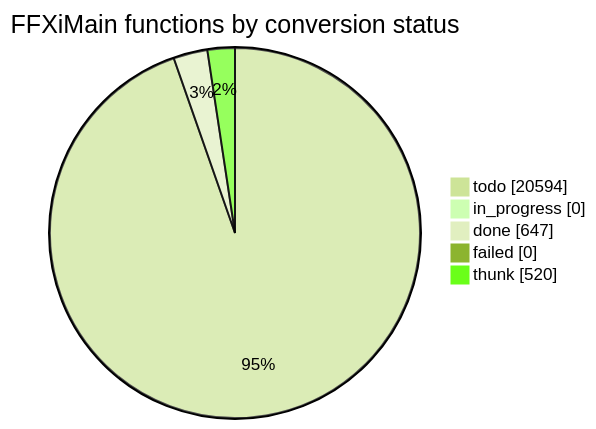
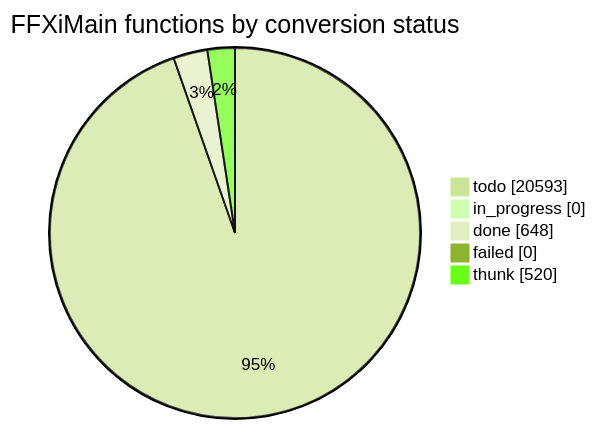
The diagram in docs/cow/STATUS.md (cowrevenge/cow_kuluu_xi_anything), drawn with Mermaid (forest theme) before and after one commit. The commit also changed other lines of this file and 9 other files, not shown here.

````diff
--- a/docs/cow/STATUS.md
+++ b/docs/cow/STATUS.md
@@ -18,9 +18,9 @@
 ```mermaid
 pie showData
     title FFXiMain functions by conversion status
-    "todo" : 20594
+    "todo" : 20593
     "in_progress" : 0
-    "done" : 647
+    "done" : 648
     "failed" : 0
     "thunk" : 520
 ```
````
